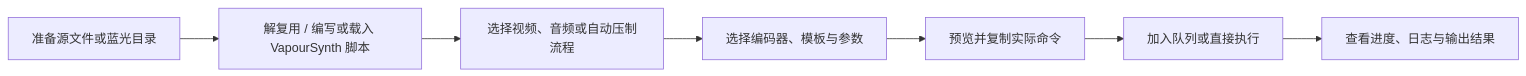
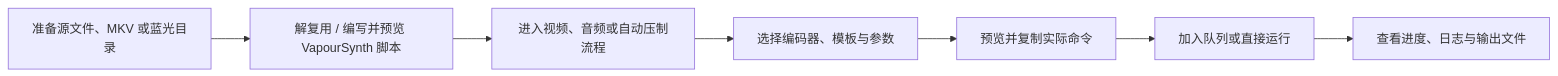
One commit to frankie1024/FlowEncode changed the diagram in README.md. Above: the diagram before and after it, drawn with Mermaid. The commit also changed other lines of this file and 1 other file, not shown here.

````diff
--- a/README.md
+++ b/README.md
@@ -78,9 +64,9 @@
 ```mermaid
 flowchart LR
-  A["准备源文件或蓝光目录"] --> B["解复用 / 编写或载入 VapourSynth 脚本"]
-  B --> C["选择视频、音频或自动压制流程"]
+  A["准备源文件、MKV 或蓝光目录"] --> B["解复用 / 编写并预览 VapourSynth 脚本"]
+  B --> C["进入视频、音频或自动压制流程"]
   C --> D["选择编码器、模板与参数"]
   D --> E["预览并复制实际命令"]
-  E --> F["加入队列或直接执行"]
-  F --> G["查看进度、日志与输出结果"]
+  E --> F["加入队列或直接运行"]
+  F --> G["查看进度、日志与输出文件"]
 ```
````
